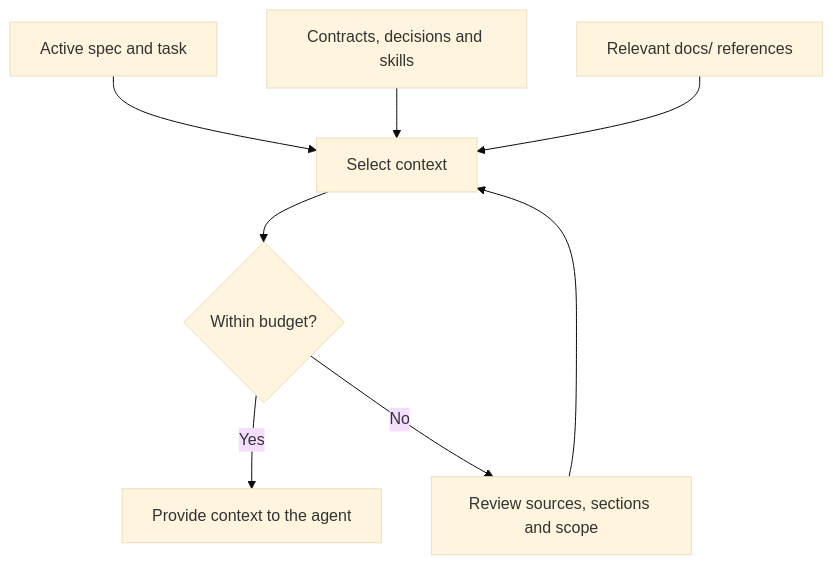
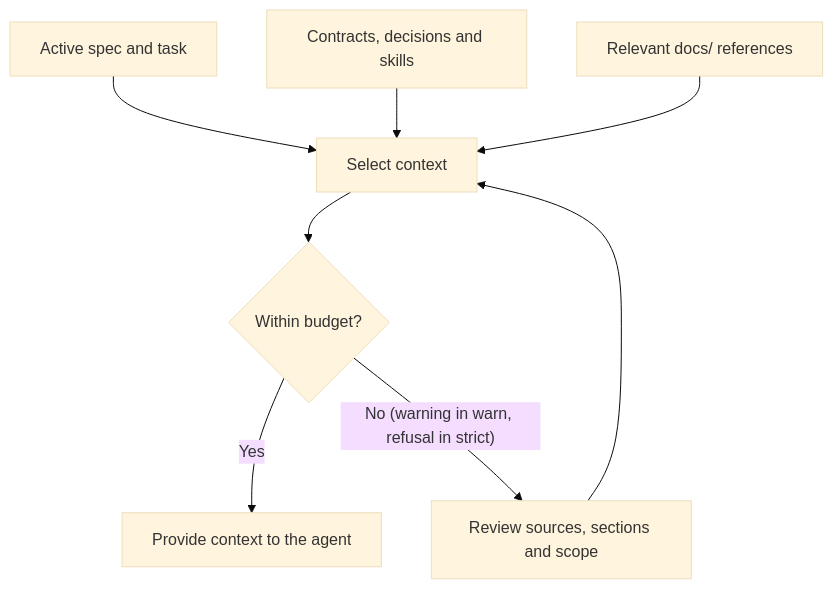
The second of 2 diagrams in README.md (moisesuailab/sdd-flow), drawn with Mermaid (base theme) before and after one commit. The commit also changed other lines of this file and 23 other files, not shown here.

````diff
--- a/README.md
+++ b/README.md
@@ -165,10 +165,10 @@
 ```mermaid
 flowchart TD
     A["Active spec and task"] --> D["Select context"]
     B["Contracts, decisions and skills"] --> D
     C["Relevant docs/ references"] --> D
     D --> E{"Within budget?"}
     E -->|"Yes"| F["Provide context to the agent"]
-    E -->|"No"| G["Review sources, sections and scope"]
+    E -->|"No (warning in warn, refusal in strict)"| G["Review sources, sections and scope"]
     G --> D
 ```
````
